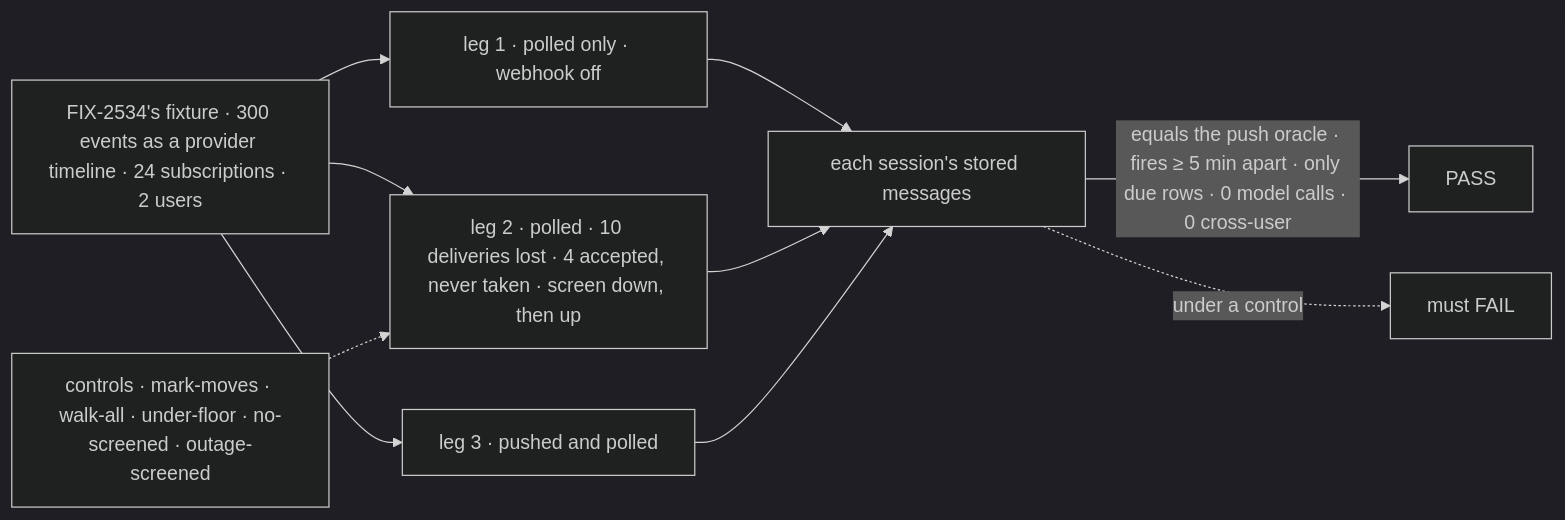
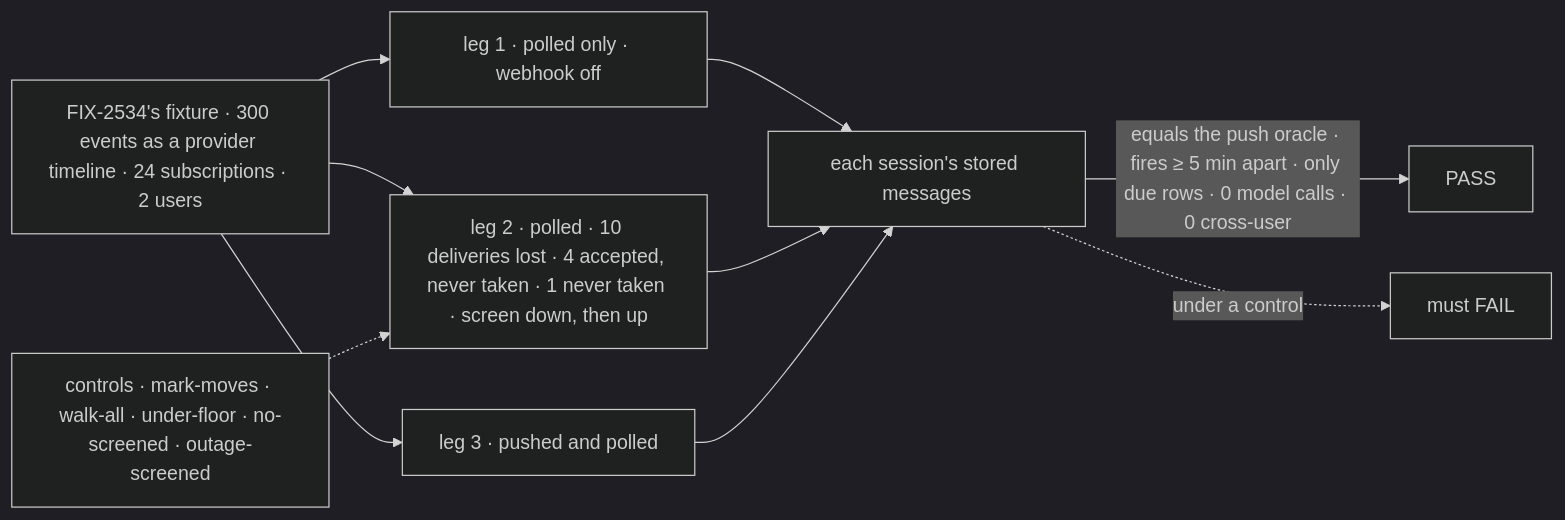
Before and after one commit to fixpoint-labs/flow-state-dev: the first of 2 diagrams in specs/issues/FIX-2536/SPEC.md, drawn with Mermaid (dark theme). The commit also changed other lines of this file and 1 other file, not shown here.

````diff
--- a/specs/issues/FIX-2536/SPEC.md
+++ b/specs/issues/FIX-2536/SPEC.md
@@ -32,12 +32,12 @@
 ```mermaid
 flowchart LR
   F["FIX-2534's fixture · 300 events as a provider timeline · 24 subscriptions · 2 users"] --> P1["leg 1 · polled only · webhook off"]
-  F --> P2["leg 2 · polled · 10 deliveries lost · 4 accepted, never taken · screen down, then up"]
+  F --> P2["leg 2 · polled · 10 deliveries lost · 4 accepted, never taken · 1 never taken · screen down, then up"]
   F --> P3["leg 3 · pushed and polled"]
   P1 --> S["each session's stored messages"]
   P2 --> S
   P3 --> S
   S -->|"equals the push oracle · fires ≥ 5 min apart · only due rows · 0 model calls · 0 cross-user"| OK["PASS"]
   C["controls · mark-moves · walk-all · under-floor · no-screened · outage-screened"] -.-> P2
   S -.->|"under a control"| X["must FAIL"]
 ```
````
